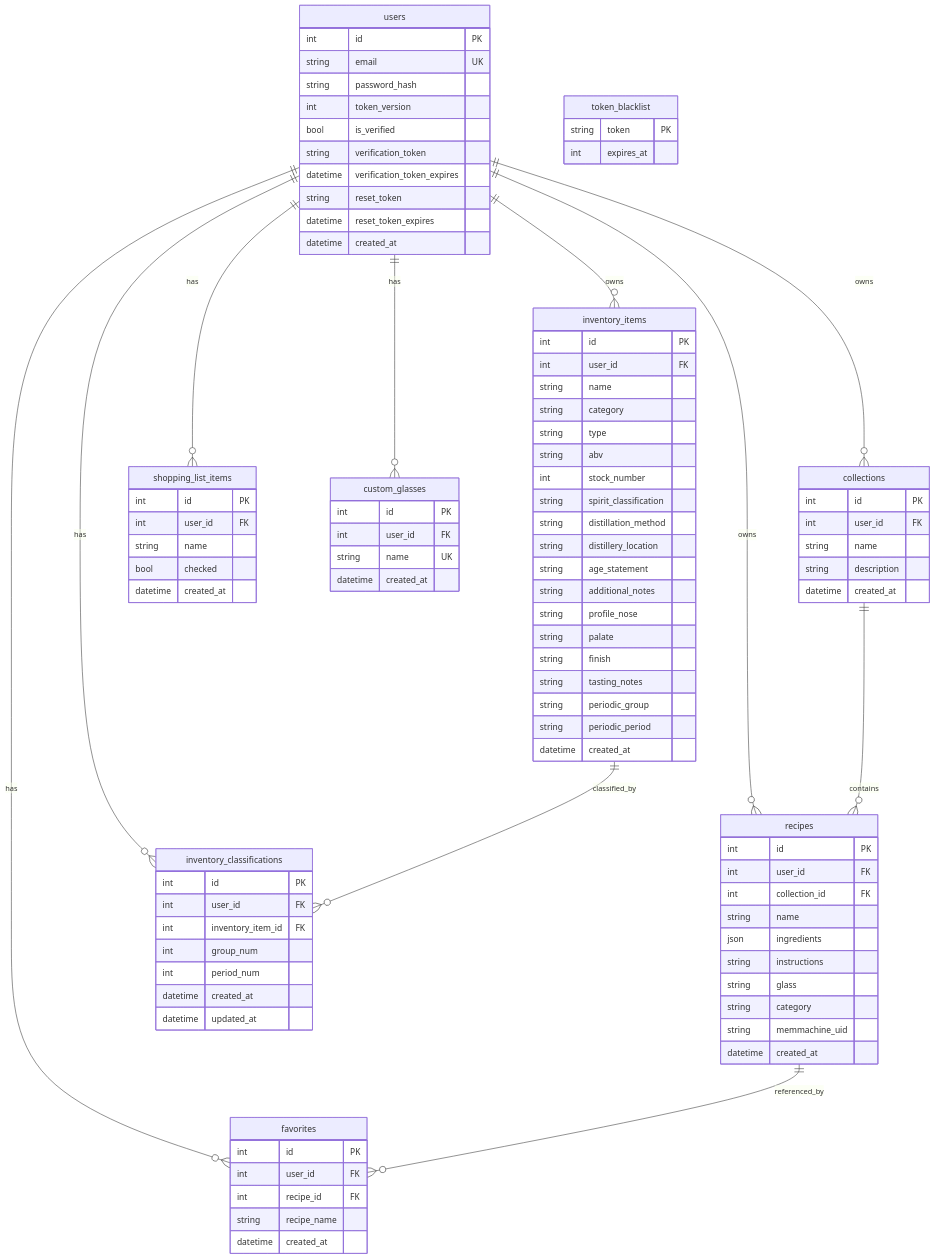
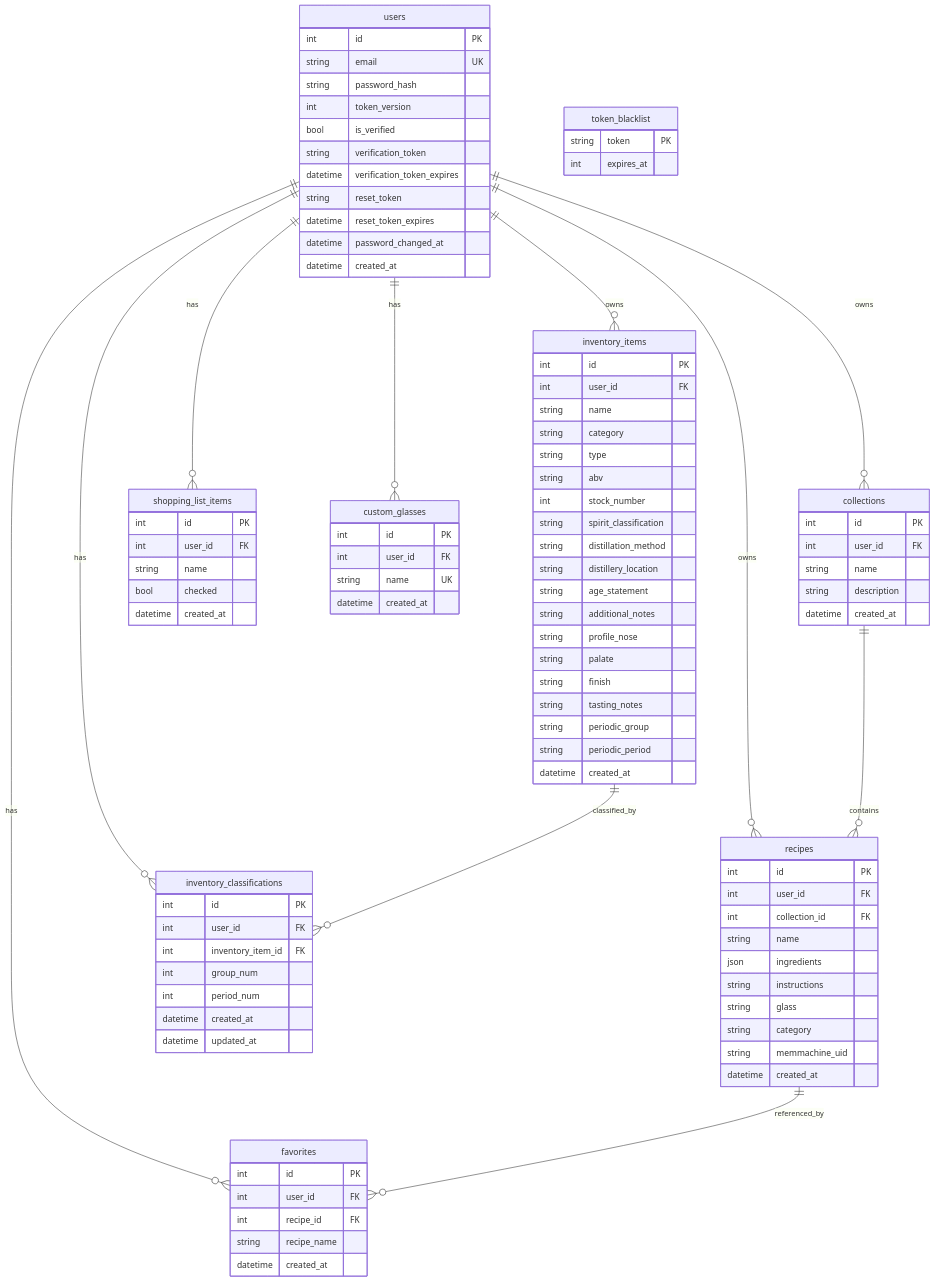
One commit to JLawMcGraw/alchemix changed the seventh of 12 diagrams in Documentation/ARCHITECTURE.md. Above: the diagram before and after it, drawn with Mermaid. The commit also changed other lines of this file and 24 other files, not shown here.

```diff
--- a/Documentation/ARCHITECTURE.md
+++ b/Documentation/ARCHITECTURE.md
@@ -533,6 +533,7 @@
         datetime verification_token_expires
         string reset_token
         datetime reset_token_expires
+        datetime password_changed_at
         datetime created_at
     }
 
```
